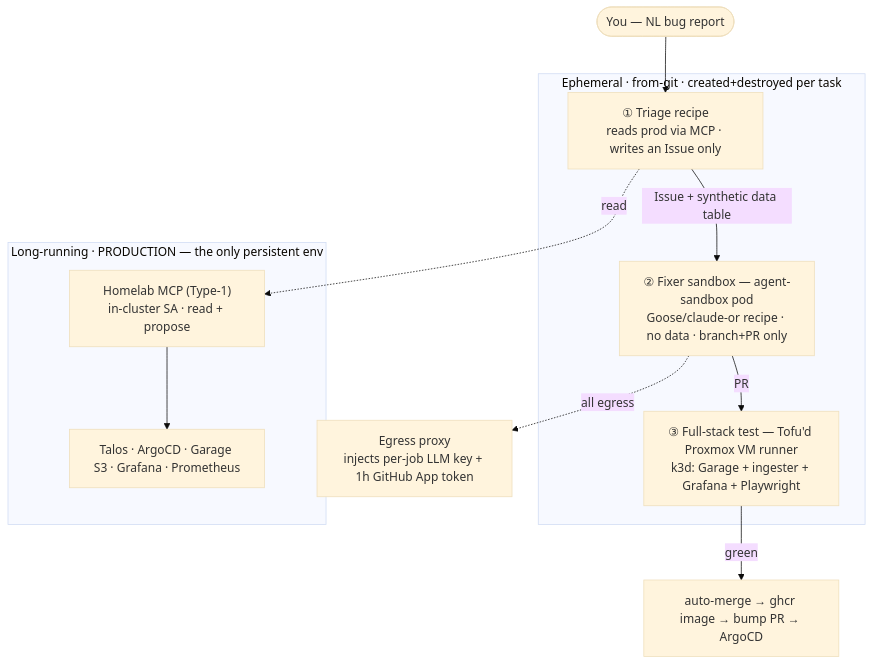
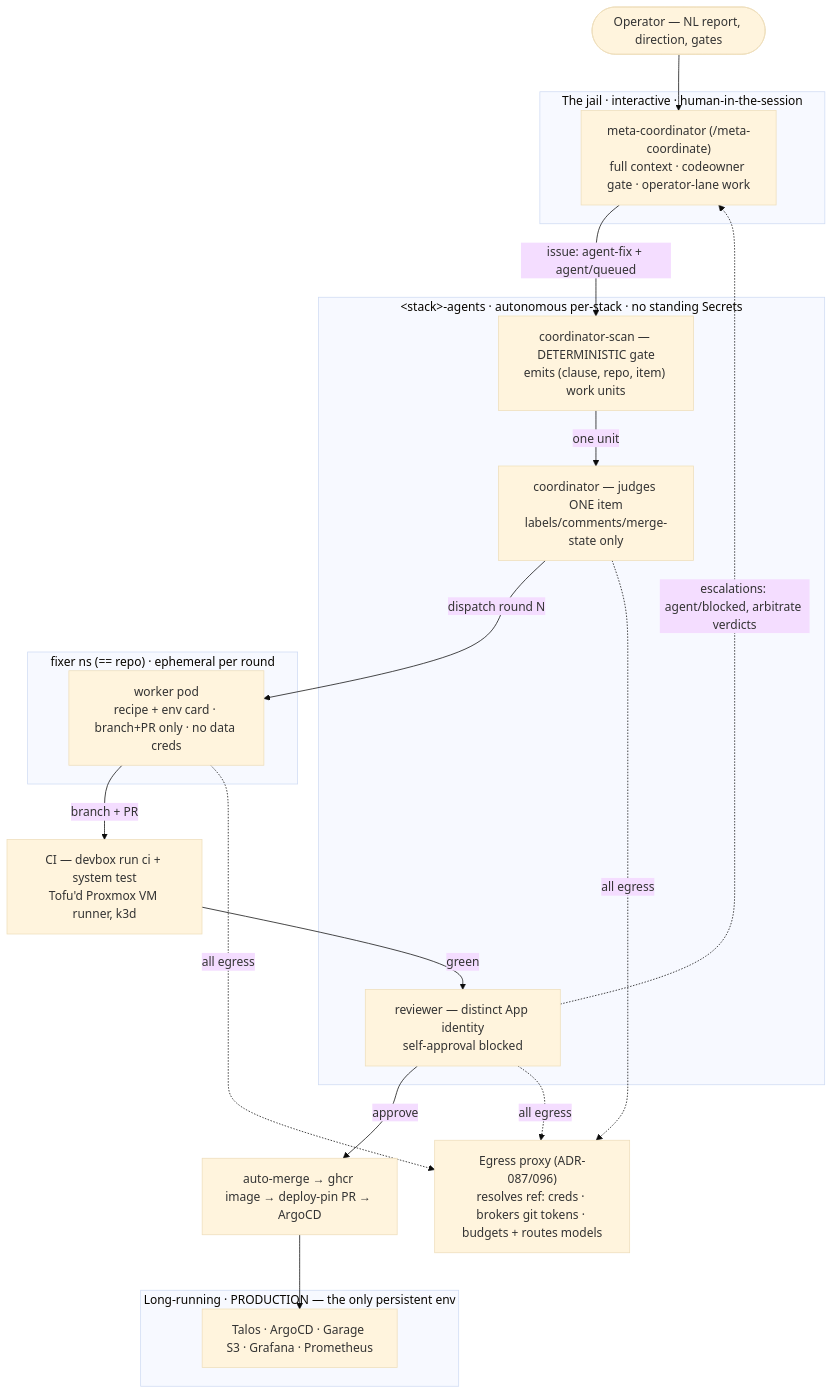
One commit to teststuffstash/homelab changed the first of 2 diagrams in docs/agents/README.md. Above: the diagram before and after it, drawn with Mermaid (base theme). The commit also changed other lines of this file and 17 other files, not shown here.

First line of the commit message:
docs(agents): describe the topology that exists — jail meta-coordinator + in-cluster loop

````diff
--- a/docs/agents/README.md
+++ b/docs/agents/README.md
@@ -54,24 +104,36 @@
 ```mermaid
 graph TB
-  you(["You — NL bug report"]) --> triage
+  you(["Operator — NL report, direction, gates"]) --> meta
 
-  subgraph ephemeral["Ephemeral · from-git · created+destroyed per task"]
-    triage["① Triage recipe<br/>reads prod via MCP · writes an Issue only"]
-    fixer["② Fixer sandbox — agent-sandbox pod<br/>Goose/claude-or recipe · no data · branch+PR only"]
-    itest["③ Full-stack test — Tofu'd Proxmox VM runner<br/>k3d: Garage + ingester + Grafana + Playwright"]
+  subgraph jail["The jail · interactive · human-in-the-session"]
+    meta["meta-coordinator (/meta-coordinate)<br/>full context · codeowner gate · operator-lane work"]
+  end
+
+  subgraph loop["&lt;stack&gt;-agents · autonomous per-stack · no standing Secrets"]
+    scan["coordinator-scan — DETERMINISTIC gate<br/>emits (clause, repo, item) work units"]
+    coord["coordinator — judges ONE item<br/>labels/comments/merge-state only"]
+    rev["reviewer — distinct App identity<br/>self-approval blocked"]
+  end
+
+  subgraph fixns["fixer ns (== repo) · ephemeral per round"]
+    worker["worker pod<br/>recipe + env card · branch+PR only · no data creds"]
   end
 
   subgraph prod["Long-running · PRODUCTION — the only persistent env"]
-    mcp["Homelab MCP (Type-1)<br/>in-cluster SA · read + propose"]
     plat["Talos · ArgoCD · Garage S3 · Grafana · Prometheus"]
-    mcp --> plat
   end
 
-  proxy["Egress proxy<br/>injects per-job LLM key + 1h GitHub App token"]
+  proxy["Egress proxy (ADR-087/096)<br/>resolves ref: creds · brokers git tokens · budgets + routes models"]
 
-  triage -. read .-> mcp
-  triage -->|Issue + synthetic data table| fixer
-  fixer -->|PR| itest
-  itest -->|green| merge["auto-merge → ghcr image → bump PR → ArgoCD"]
-  fixer -. all egress .-> proxy
+  meta -->|"issue: agent-fix + agent/queued"| scan
+  scan -->|one unit| coord
+  coord -->|dispatch round N| worker
+  worker -->|branch + PR| ci["CI — devbox run ci + system test<br/>Tofu'd Proxmox VM runner, k3d"]
+  ci -->|green| rev
+  rev -->|approve| merge["auto-merge → ghcr image → deploy-pin PR → ArgoCD"]
+  merge --> plat
+  rev -. "escalations: agent/blocked, arbitrate verdicts" .-> meta
+  worker -. all egress .-> proxy
+  coord -. all egress .-> proxy
+  rev -. all egress .-> proxy
 ```
````
